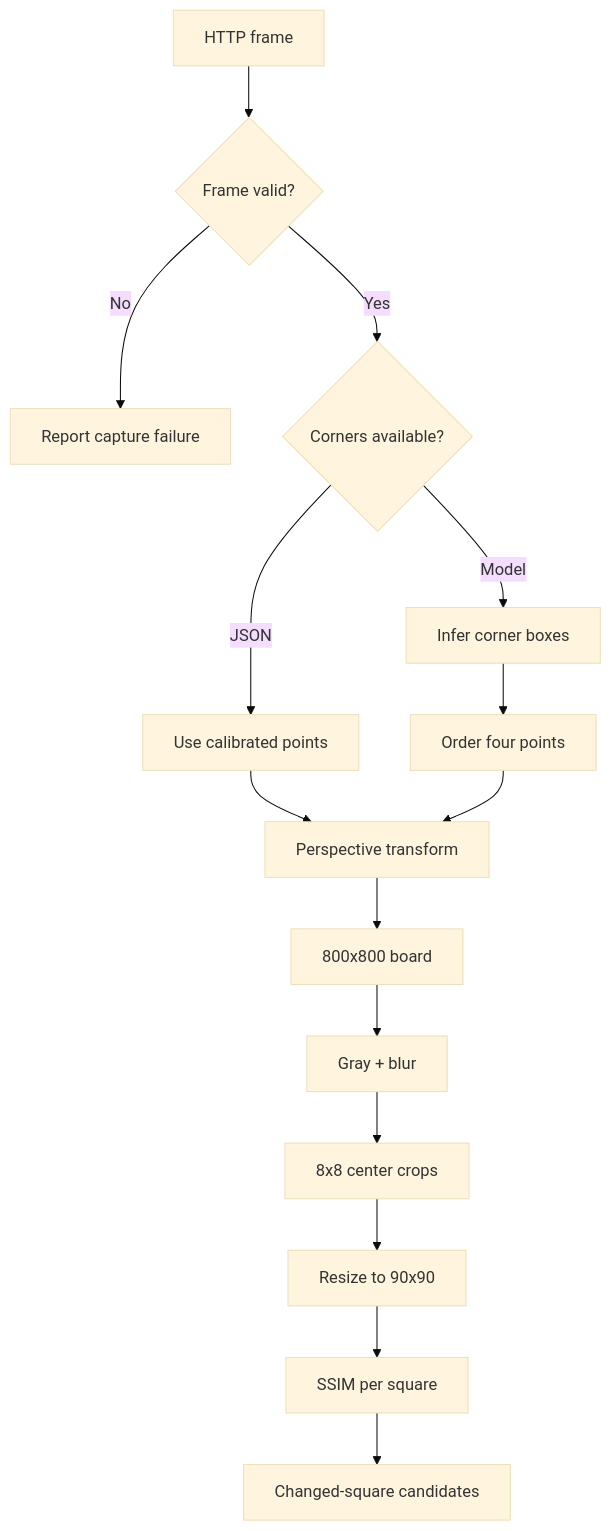
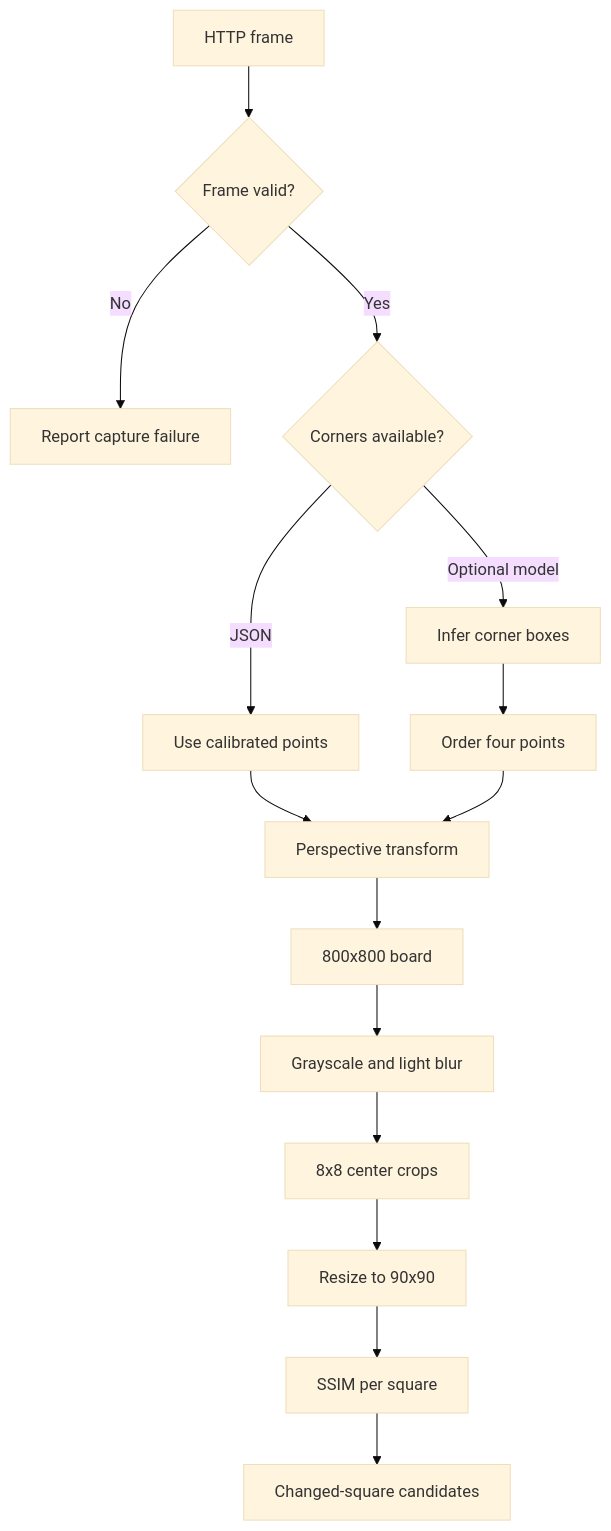
The first of 3 diagrams in docs/architecture.md (zaidkm462/RobotChess), drawn with Mermaid (base theme) before and after one commit. The commit also changed other lines of this file and 2 other files, not shown here.

````diff
--- a/docs/architecture.md
+++ b/docs/architecture.md
@@ -9,17 +9,17 @@
 ```mermaid
 flowchart TD
     S[HTTP frame] --> V{Frame valid?}
     V -->|No| E1[Report capture failure]
     V -->|Yes| C{Corners available?}
     C -->|JSON| P[Use calibrated points]
-    C -->|Model| M[Infer corner boxes]
+    C -->|Optional model| M[Infer corner boxes]
     M --> O[Order four points]
     P --> W[Perspective transform]
     O --> W
     W --> G[800x800 board]
-    G --> Y[Gray + blur]
+    G --> Y[Grayscale and light blur]
     Y --> T[8x8 center crops]
     T --> R[Resize to 90x90]
     R --> Q[SSIM per square]
     Q --> D[Changed-square candidates]
 ```
````
